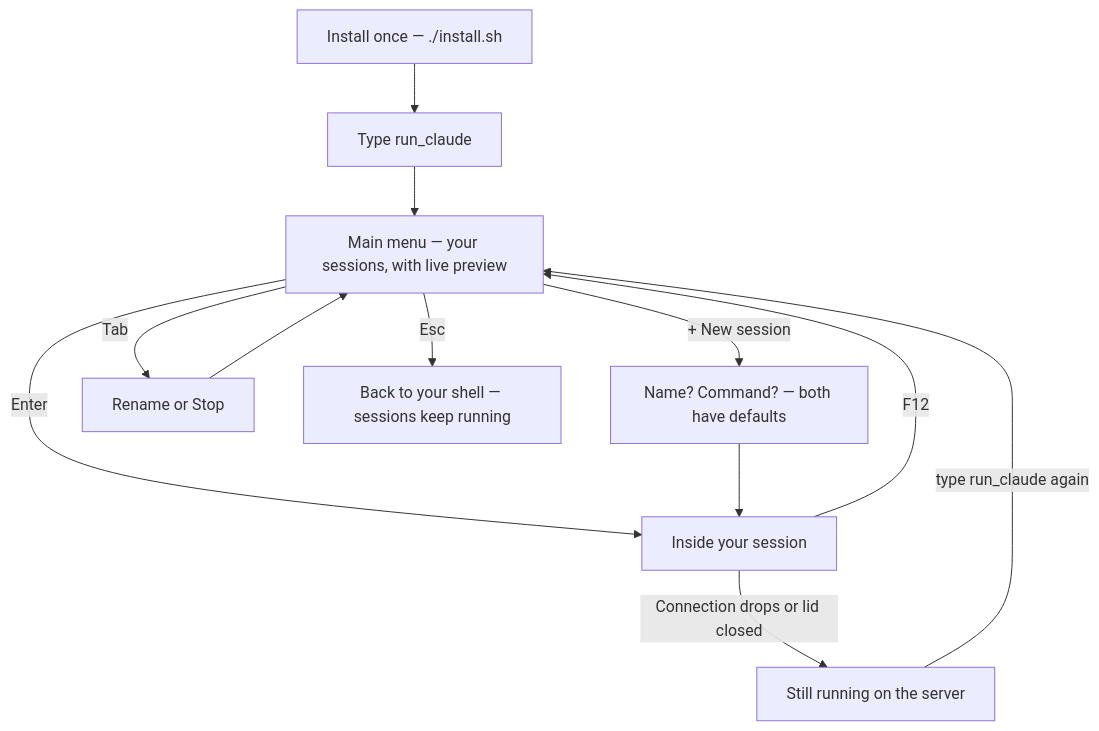
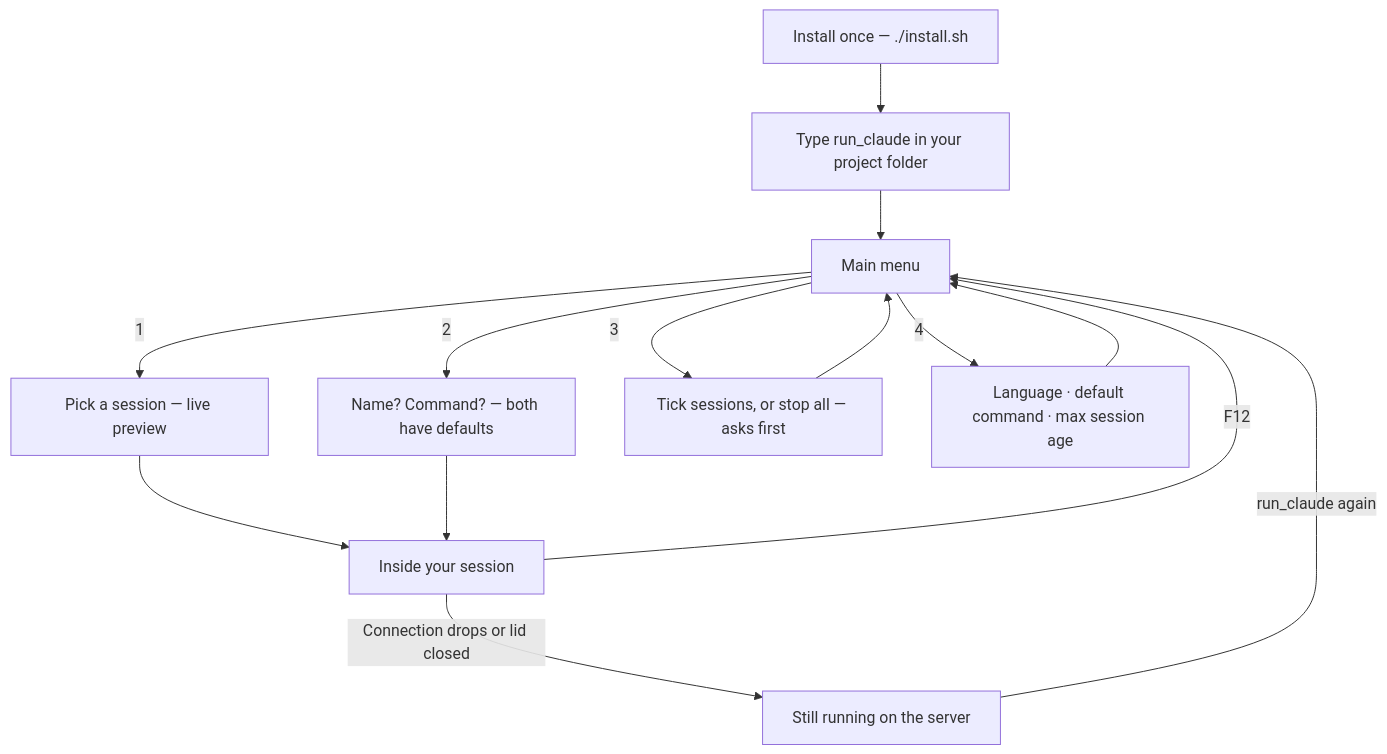
The diagram in README.md (tranvuongquocdat/keep-ssh-agent-alive), drawn with Mermaid before and after one commit. The commit also changed other lines of this file and 9 other files, not shown here.

First line of the commit message:
Redesign around a four-item main menu; language files; sessions start in cwd

````diff
--- a/README.md
+++ b/README.md
@@ -47,14 +89,16 @@
 ```mermaid
 flowchart TD
-    A["Install once — ./install.sh"] --> B["Type run_claude"]
-    B --> M["Main menu — your sessions, with live preview"]
-    M -- "Enter" --> S["Inside your session"]
-    M -- "+ New session" --> N["Name? Command? — both have defaults"]
+    I["Install once — ./install.sh"] --> T["Type run_claude in your project folder"]
+    T --> M["Main menu"]
+    M -- "1" --> O["Pick a session — live preview"]
+    O --> S["Inside your session"]
+    M -- "2" --> N["Name? Command? — both have defaults"]
     N --> S
-    M -- "Tab" --> ACT["Rename or Stop"]
-    ACT --> M
-    M -- "Esc" --> Q["Back to your shell — sessions keep running"]
+    M -- "3" --> X["Tick sessions, or stop all — asks first"]
+    X --> M
+    M -- "4" --> G["Language · default command · max session age"]
+    G --> M
     S -- "F12" --> M
     S -- "Connection drops or lid closed" --> K["Still running on the server"]
-    K -- "type run_claude again" --> M
+    K -- "run_claude again" --> M
 ```
````
